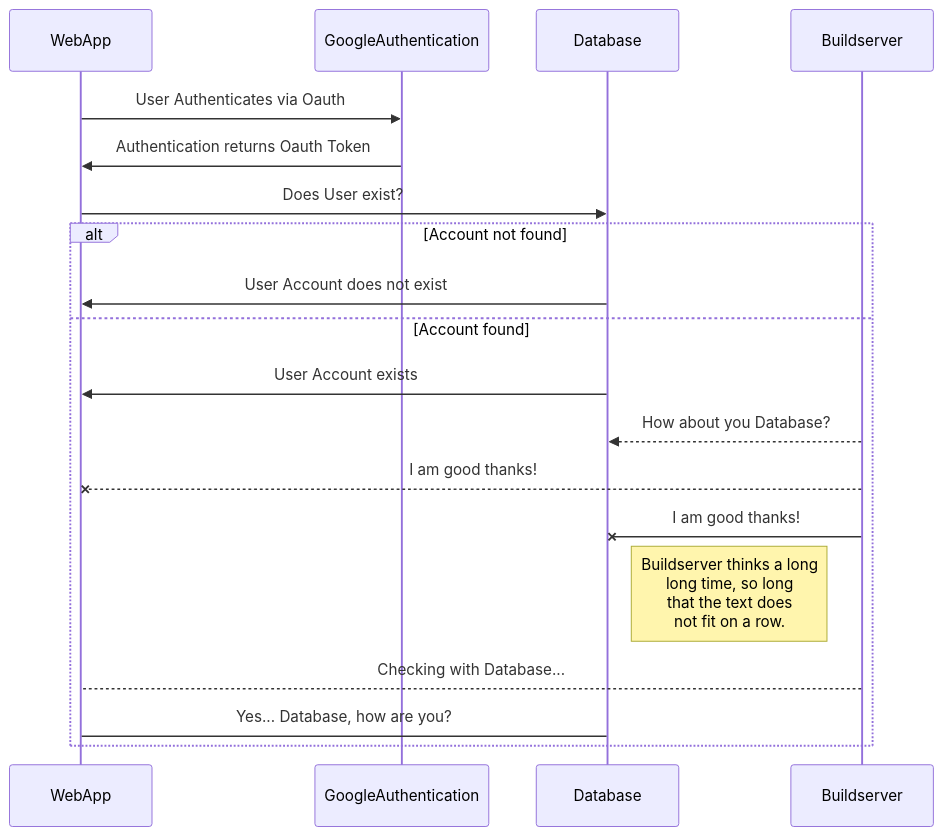
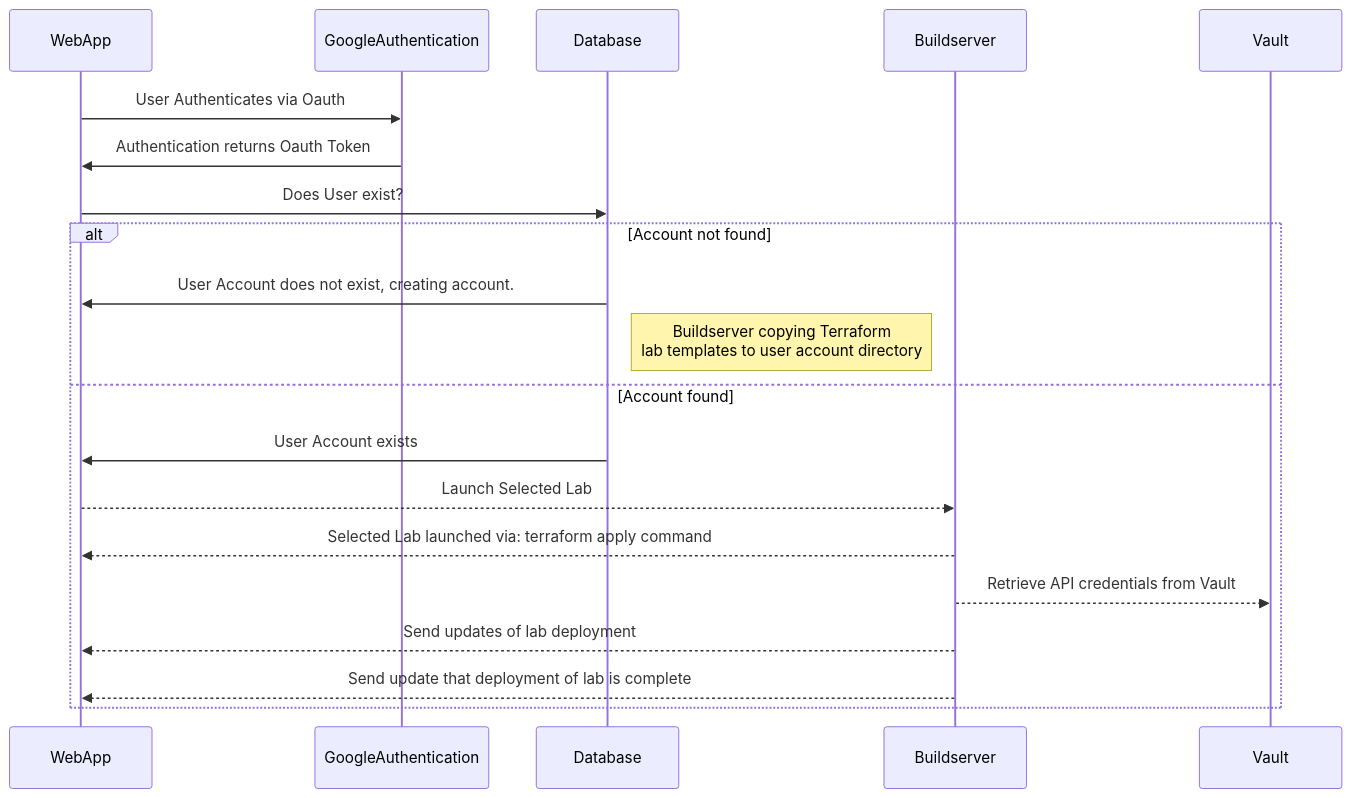
Before and after one commit to illinoistech-itm/CyberRange: the diagram in diagrams/api-flow.md, drawn with Mermaid. The commit also changed other lines of this file, not shown here.

Commit message:
Complete API flow chart

````diff
--- a/diagrams/api-flow.md
+++ b/diagrams/api-flow.md
@@ -30,21 +29,21 @@
 ```mermaid
 sequenceDiagram
     
     WebApp ->> GoogleAuthentication: User Authenticates via Oauth
     GoogleAuthentication ->> WebApp: Authentication returns Oauth Token
     WebApp ->> Database: Does User exist?
     
     alt Account not found
-        Database->>WebApp: User Account does not exist
+        Database->>WebApp: User Account does not exist, creating account. 
+        Note right of Database: Buildserver copying Terraform <br /> lab templates to user account directory
     else Account found
         Database->>WebApp: User Account exists
      
-        Buildserver-->>Database: How about you Database?
-        Buildserver--x WebApp: I am good thanks!
-        Buildserver-x Database: I am good thanks!
-        Note right of Database: Buildserver thinks a long<br/>long time, so long<br/>that the text does<br/>not fit on a row.
+        WebApp-->>Buildserver: Launch Selected Lab
+        Buildserver-->>WebApp: Selected Lab launched via: terraform apply command
+        Buildserver-->>Vault: Retrieve API credentials from Vault
+        Buildserver-->>WebApp: Send updates of lab deployment
+        Buildserver-->>WebApp: Send update that deployment of lab is complete
 
-        Buildserver-->WebApp: Checking with Database...
-        WebApp->Database: Yes... Database, how are you?
 end
 ```
````
